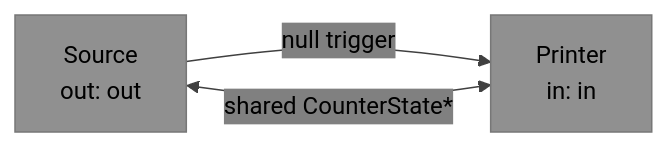
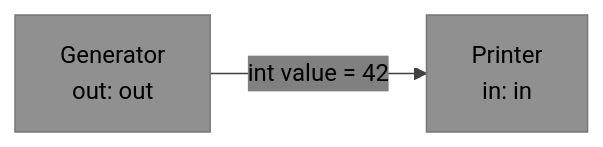
The sixth of 11 diagrams in docs/api.md (visionik/anyflux), drawn with Mermaid before and after one commit. The commit also changed other lines of this file, not shown here.

Commit message:
docs: refactor 5.1 — simple int passed via port (gen → print)

````diff
--- a/docs/api.md
+++ b/docs/api.md
@@ -323,6 +319,5 @@
 ```mermaid
 %%{init: {'theme': 'base', 'themeVariables': { 'primaryColor': '#909090', 'secondaryColor': '#808080', 'tertiaryColor': '#707070', 'primaryTextColor': '#000000', 'secondaryTextColor': '#000000', 'tertiaryTextColor': '#000000', 'noteTextColor': '#000000', 'lineColor': '#404040' }}}%%
 graph LR
-    SRC["Source\nout: out"] -->|"null trigger"| PRT["Printer\nin: in"]
-    SRC <-->|"shared CounterState*"| PRT
+    GEN["Generator\nout: out"] -->|"int value = 42"| PRT["Printer\nin: in"]
 ```
````
